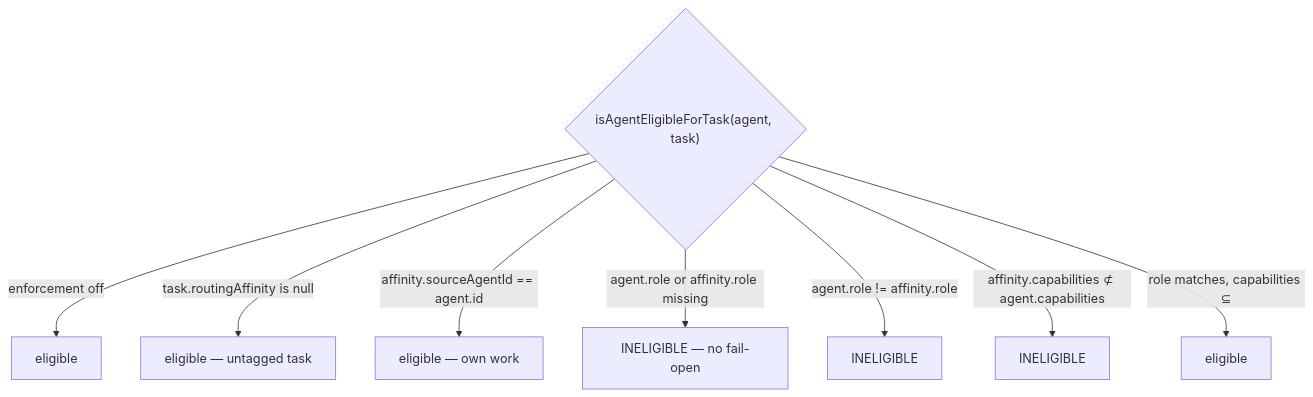
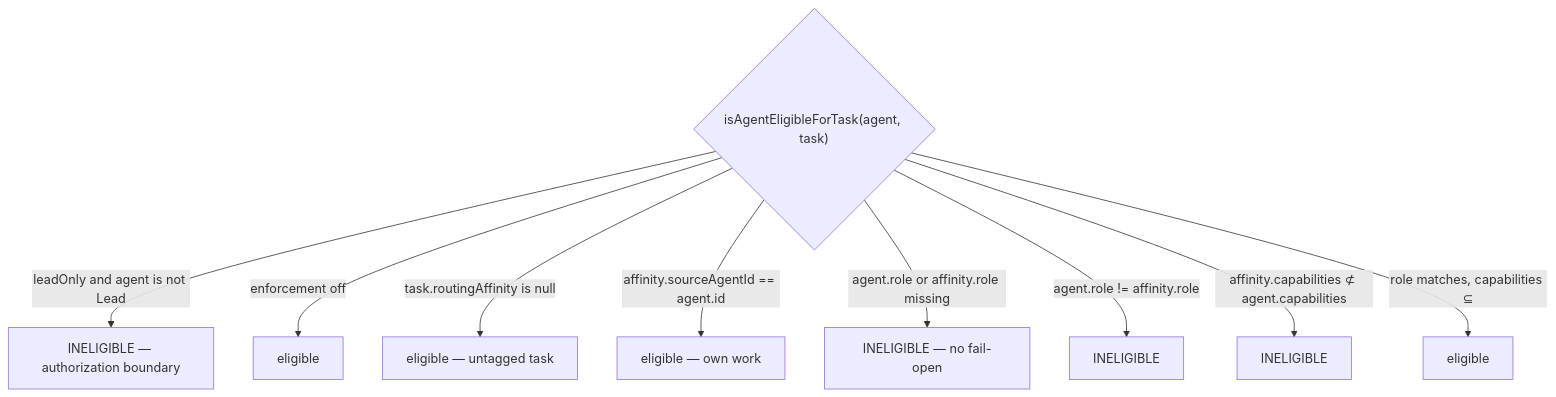
Before and after one commit to desplega-ai/agent-swarm: the fourth of 4 diagrams in runbooks/heartbeat-crash-recovery.md, drawn with Mermaid. The commit also changed other lines of this file and 11 other files, not shown here.

Commit message:
fix: enforce lead-only task routing

````diff
--- a/runbooks/heartbeat-crash-recovery.md
+++ b/runbooks/heartbeat-crash-recovery.md
@@ -174,11 +174,12 @@
 ```mermaid
 flowchart TD
   gate{"isAgentEligibleForTask(agent, task)"}
+  gate -->|"leadOnly and agent is not Lead"| no0["INELIGIBLE — authorization boundary"]
   gate -->|"enforcement off"| yes1["eligible"]
   gate -->|"task.routingAffinity is null"| yes2["eligible — untagged task"]
   gate -->|"affinity.sourceAgentId == agent.id"| yes3["eligible — own work"]
   gate -->|"agent.role or affinity.role missing"| no1["INELIGIBLE — no fail-open"]
   gate -->|"agent.role != affinity.role"| no2["INELIGIBLE"]
   gate -->|"affinity.capabilities ⊄ agent.capabilities"| no3["INELIGIBLE"]
   gate -->|"role matches, capabilities ⊆"| yes4["eligible"]
 ```
````
